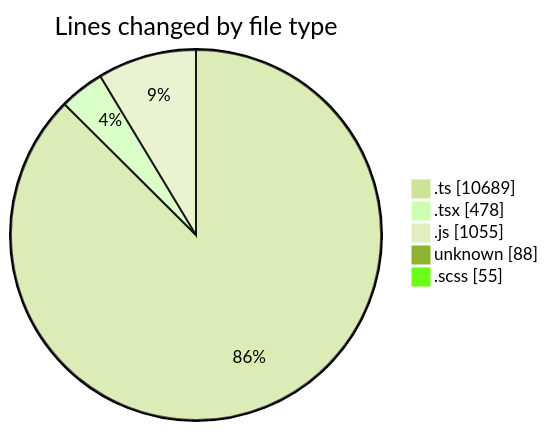
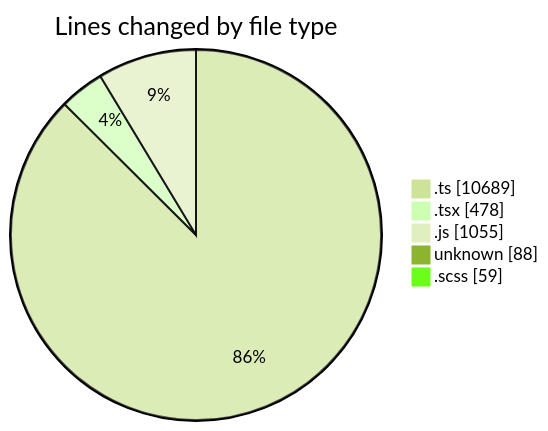
The first of 2 diagrams in 2026-03-11/cda/README.md (momahboobian/code-tracking), drawn with Mermaid (forest theme) before and after one commit. The commit also changed other lines of this file and 1 other file, not shown here.

````diff
--- a/2026-03-11/cda/README.md
+++ b/2026-03-11/cda/README.md
@@ -35,9 +35,9 @@
 ```mermaid
 pie showData
 title Lines changed by file type
 ".ts" : 10689
 ".tsx" : 478
 ".js" : 1055
 "unknown" : 88
-".scss" : 55
+".scss" : 59
 ```
````
